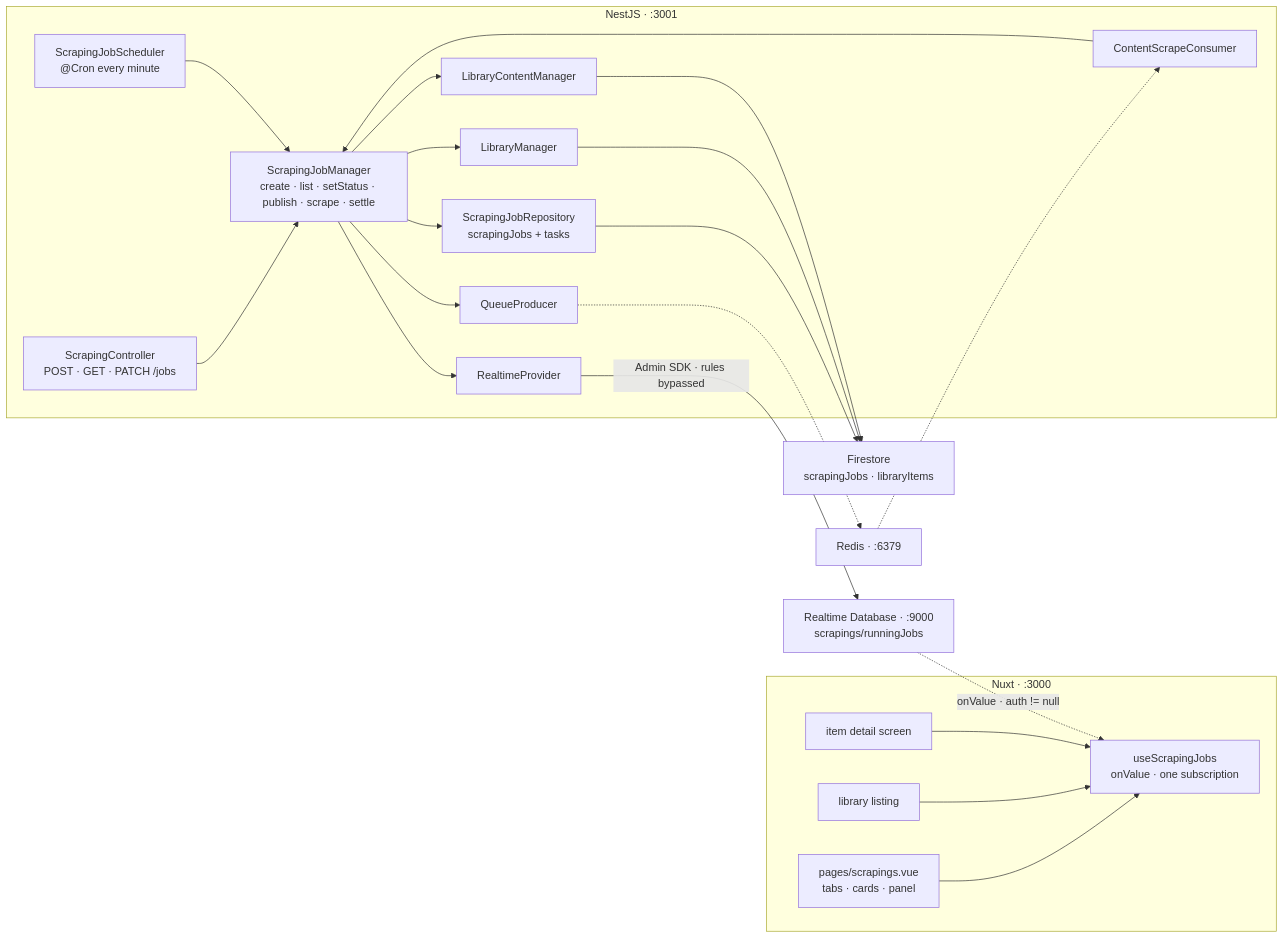
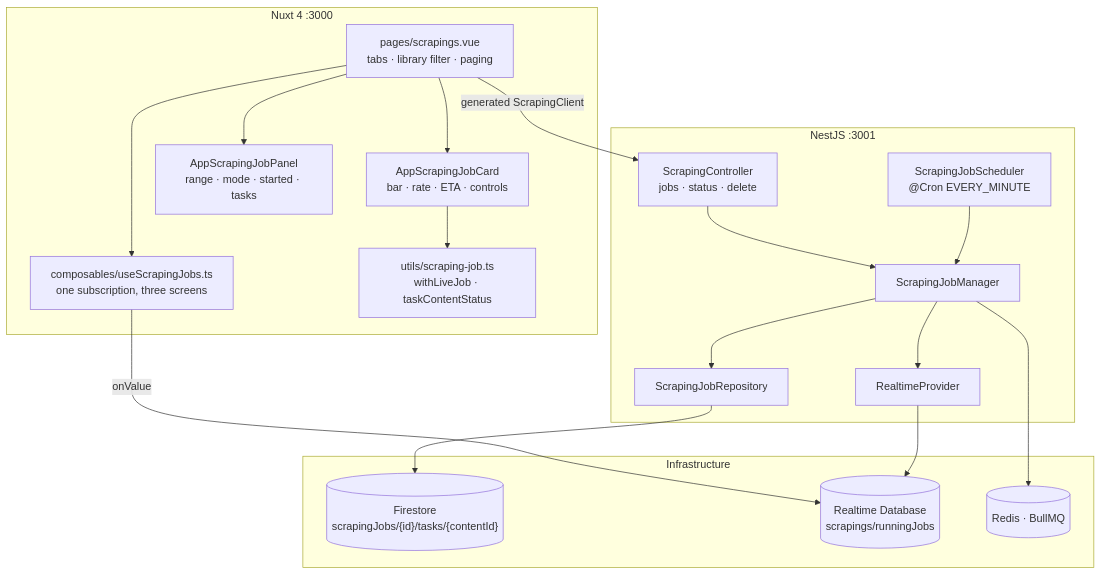
The first of 3 diagrams in _docs/plan/[scraping]-part3_restructure_for_scrapings_screen.md (datntdev0/projects.media-studio), drawn with Mermaid before and after one commit. The commit also changed other lines of this file and 11 other files, not shown here.

````diff
--- a/_docs/plan/[scraping]-part3_restructure_for_scrapings_screen.md
+++ b/_docs/plan/[scraping]-part3_restructure_for_scrapings_screen.md
@@ -270,44 +160,35 @@
 ```mermaid
-flowchart LR
-    subgraph fe["Nuxt · :3000"]
-        SCR["pages/scrapings.vue<br/>tabs · cards · panel"]
-        LIST["library listing"]
-        DETAIL["item detail screen"]
-        HOOK["useScrapingJobs<br/>onValue · one subscription"]
-        SCR --> HOOK
-        LIST --> HOOK
-        DETAIL --> HOOK
+flowchart TB
+    subgraph fe["Nuxt 4 :3000"]
+        PAGE["pages/scrapings.vue<br/>tabs · library filter · paging"]
+        CARD["AppScrapingJobCard<br/>bar · rate · ETA · controls"]
+        PANEL["AppScrapingJobPanel<br/>range · mode · started · tasks"]
+        LIVE["composables/useScrapingJobs.ts<br/>one subscription, three screens"]
+        UTIL["utils/scraping-job.ts<br/>withLiveJob · taskContentStatus"]
     end
 
-    subgraph be["NestJS · :3001"]
-        CTRL["ScrapingController<br/>POST · GET · PATCH /jobs"]
-        JMGR["ScrapingJobManager<br/>create · list · setStatus · publish · scrape · settle"]
-        CRON["ScrapingJobScheduler<br/>@Cron every minute"]
-        JREPO["ScrapingJobRepository<br/>scrapingJobs + tasks"]
-        CONS["ContentScrapeConsumer"]
-        LMGR["LibraryManager"]
-        CMGR["LibraryContentManager"]
+    subgraph be["NestJS :3001"]
+        CTRL["ScrapingController<br/>jobs · status · delete"]
+        JMGR["ScrapingJobManager"]
+        JREPO["ScrapingJobRepository"]
+        CRON["ScrapingJobScheduler<br/>@Cron EVERY_MINUTE"]
         RT["RealtimeProvider"]
-        PROD["QueueProducer"]
-        CTRL --> JMGR
-        CRON --> JMGR
-        CONS --> JMGR
-        JMGR --> JREPO
-        JMGR --> LMGR
-        JMGR --> CMGR
-        JMGR --> RT
-        JMGR --> PROD
     end
 
-    RTDB["Realtime Database · :9000<br/>scrapings/runningJobs"]
-    FS["Firestore<br/>scrapingJobs · libraryItems"]
-    REDIS["Redis · :6379"]
+    subgraph inf["Infrastructure"]
+        FS[("Firestore<br/>scrapingJobs/{id}/tasks/{contentId}")]
+        RTDB[("Realtime Database<br/>scrapings/runningJobs")]
+        R[("Redis · BullMQ")]
+    end
 
-    JREPO --> FS
-    LMGR --> FS
-    CMGR --> FS
-    PROD -.-> REDIS
-    REDIS -.-> CONS
-    RT -- "Admin SDK · rules bypassed" --> RTDB
-    RTDB -. "onValue · auth != null" .-> HOOK
+    PAGE --> CARD
+    PAGE --> PANEL
+    PAGE --> LIVE
+    CARD --> UTIL
+    LIVE -- "onValue" --> RTDB
+    PAGE -- "generated ScrapingClient" --> CTRL --> JMGR
+    JMGR --> JREPO --> FS
+    JMGR --> RT --> RTDB
+    JMGR --> R
+    CRON --> JMGR
 ```
````
